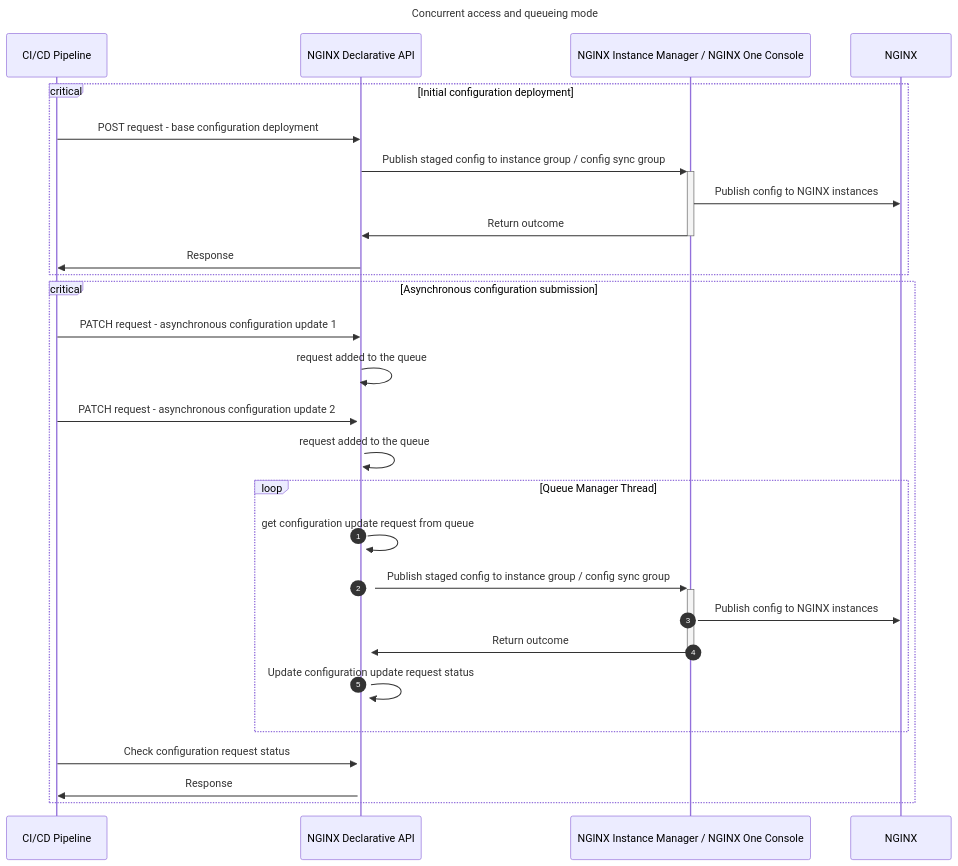
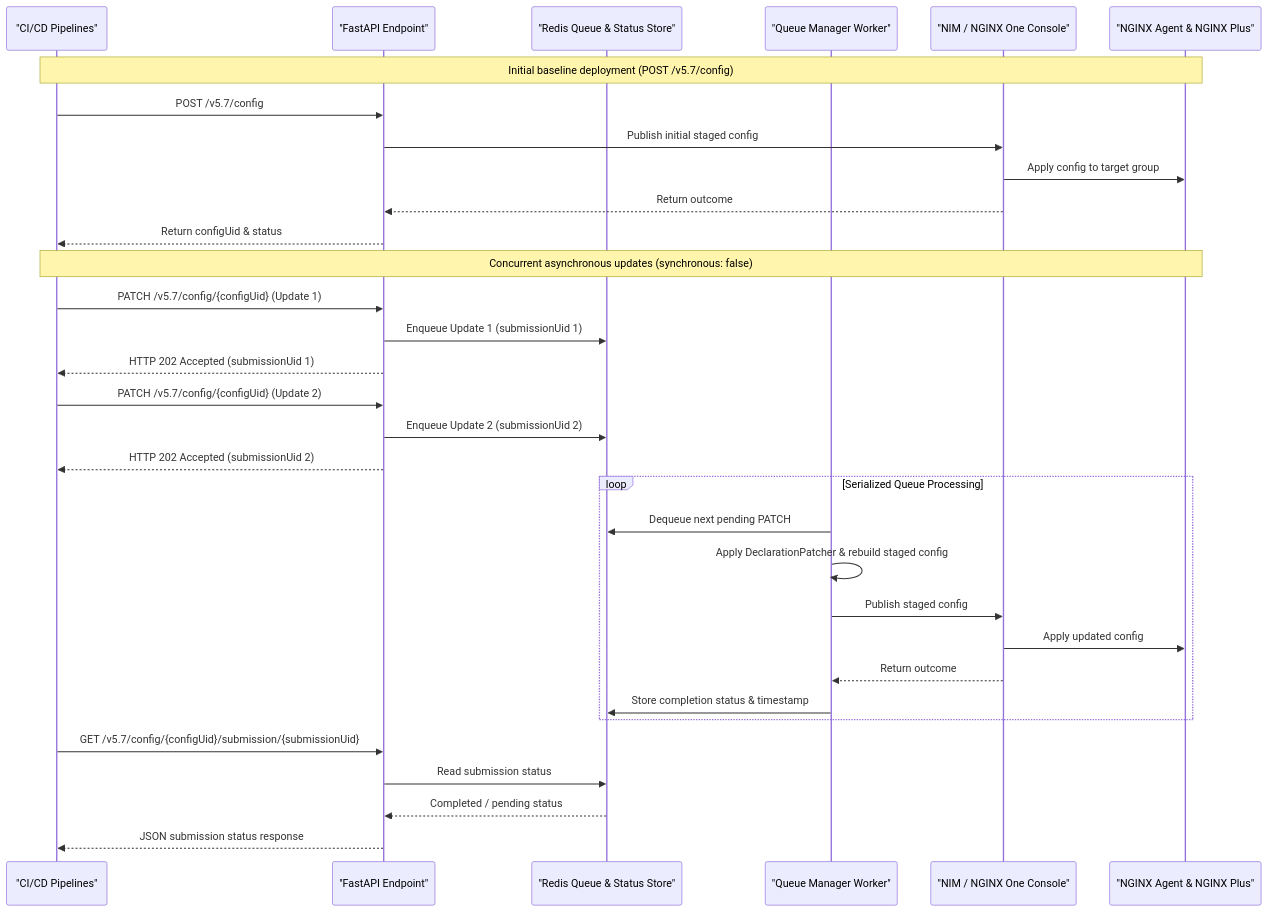
One commit to f5devcentral/NGINX-Declarative-API changed the fifth of 5 diagrams in ARCHITECTURE.md. Above: the diagram before and after it, drawn with Mermaid. The commit also changed other lines of this file and 14 other files, not shown here.

````diff
--- a/ARCHITECTURE.md
+++ b/ARCHITECTURE.md
@@ -128,48 +200,39 @@
 ```mermaid
 sequenceDiagram
+    participant CICD as "CI/CD Pipelines"
+    participant API as "FastAPI Endpoint"
+    participant Redis as "Redis Queue & Status Store"
+    participant Worker as "Queue Manager Worker"
+    participant CP as "NIM / NGINX One Console"
+    participant NGINX as "NGINX Agent & NGINX Plus"
 
-title Concurrent access and queueing mode
+    Note over CICD,NGINX: Initial baseline deployment (POST /v5.7/config)
+    CICD ->> API: POST /v5.7/config
+    API ->> CP: Publish initial staged config
+    CP ->> NGINX: Apply config to target group
+    CP -->> API: Return outcome
+    API -->> CICD: Return configUid & status
 
-participant CI/CD Pipeline
-participant NGINX Declarative API
-participant NGINX Instance Manager / NGINX One Console
-participant NGINX
+    Note over CICD,NGINX: Concurrent asynchronous updates (synchronous: false)
+    CICD ->> API: PATCH /v5.7/config/{configUid} (Update 1)
+    API ->> Redis: Enqueue Update 1 (submissionUid 1)
+    API -->> CICD: HTTP 202 Accepted (submissionUid 1)
 
-critical Initial configuration deployment
+    CICD ->> API: PATCH /v5.7/config/{configUid} (Update 2)
+    API ->> Redis: Enqueue Update 2 (submissionUid 2)
+    API -->> CICD: HTTP 202 Accepted (submissionUid 2)
 
-CI/CD Pipeline ->> NGINX Declarative API: POST request - base configuration deployment
+    loop Serialized Queue Processing
+        Worker ->> Redis: Dequeue next pending PATCH
+        Worker ->> Worker: Apply DeclarationPatcher & rebuild staged config
+        Worker ->> CP: Publish staged config
+        CP ->> NGINX: Apply updated config
+        CP -->> Worker: Return outcome
+        Worker ->> Redis: Store completion status & timestamp
+    end
 
-NGINX Declarative API ->>+ NGINX Instance Manager / NGINX One Console: Publish staged config to instance group / config sync group
-NGINX Instance Manager / NGINX One Console ->> NGINX: Publish config to NGINX instances
-NGINX Instance Manager / NGINX One Console ->>- NGINX Declarative API: Return outcome
-
-NGINX Declarative API ->> CI/CD Pipeline: Response
-
-end
-
-critical Asynchronous configuration submission
-
-CI/CD Pipeline ->> NGINX Declarative API: PATCH request - asynchronous configuration update 1
-NGINX Declarative API ->>+ NGINX Declarative API: request added to the queue
-CI/CD Pipeline ->> NGINX Declarative API: PATCH request - asynchronous configuration update 2
-NGINX Declarative API ->>+ NGINX Declarative API: request added to the queue
-
-
-loop Queue Manager Thread
-autonumber 1
-
-NGINX Declarative API ->>+ NGINX Declarative API: get configuration update request from queue
-
-NGINX Declarative API ->>+ NGINX Instance Manager / NGINX One Console: Publish staged config to instance group / config sync group
-NGINX Instance Manager / NGINX One Console ->> NGINX: Publish config to NGINX instances
-NGINX Instance Manager / NGINX One Console ->>- NGINX Declarative API: Return outcome
-NGINX Declarative API ->> NGINX Declarative API: Update configuration update request status
-
-autonumber off
-end
-
-CI/CD Pipeline ->> NGINX Declarative API: Check configuration request status
-NGINX Declarative API ->> CI/CD Pipeline: Response
-
-end
+    CICD ->> API: GET /v5.7/config/{configUid}/submission/{submissionUid}
+    API ->> Redis: Read submission status
+    Redis -->> API: Completed / pending status
+    API -->> CICD: JSON submission status response
 ```
````
